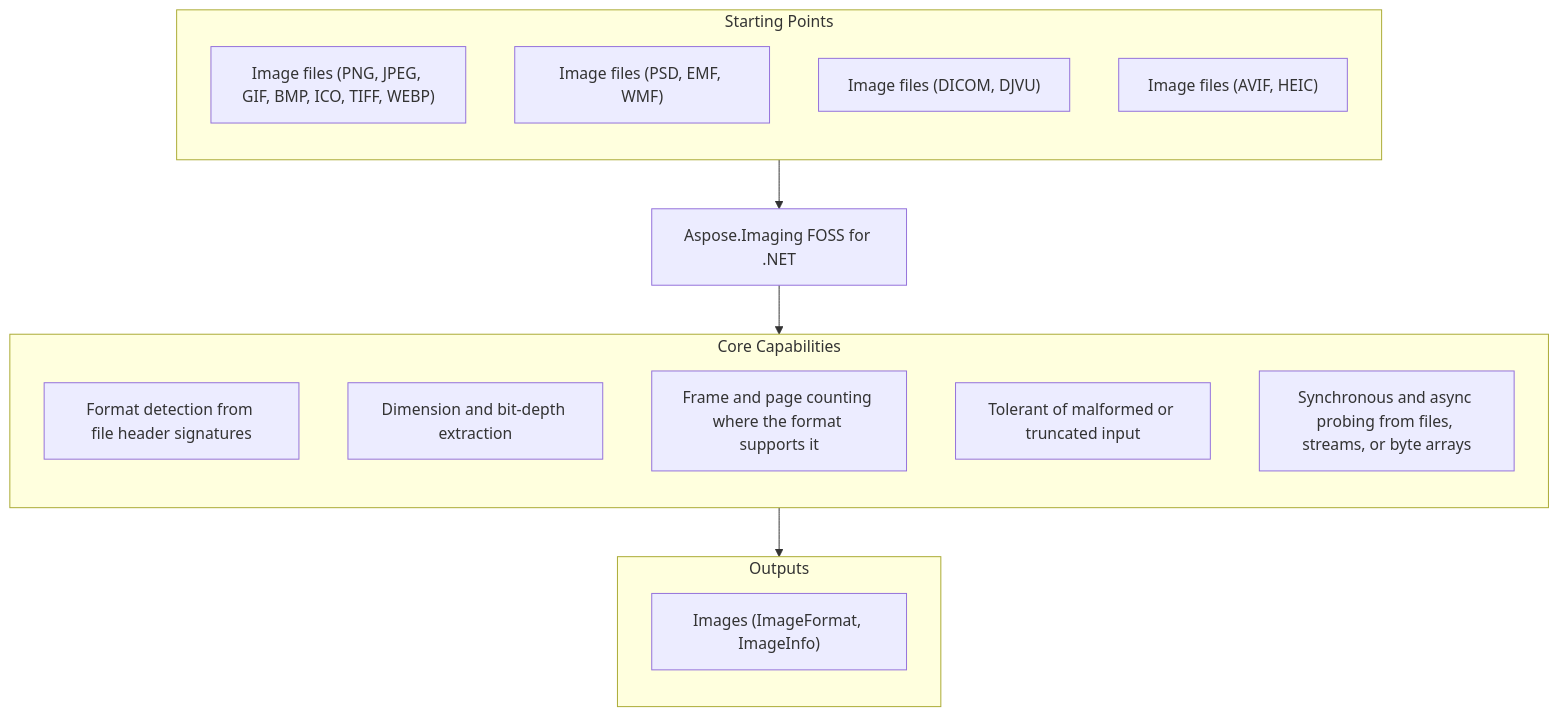
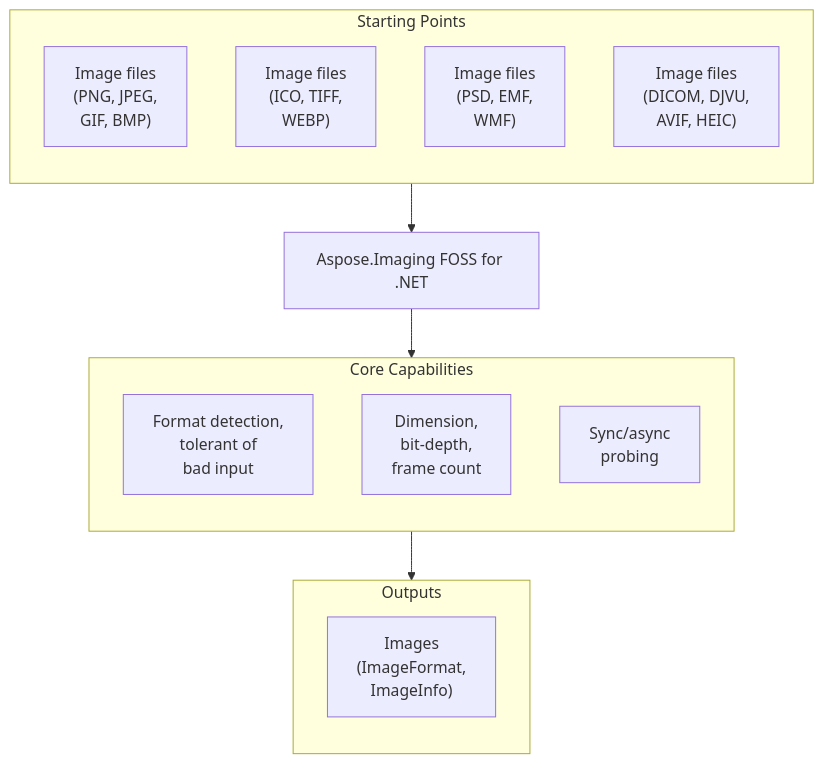
Before and after one commit to aspose-imaging-foss/Aspose.Imaging-FOSS-for-.NET: the diagram in README.md, drawn with Mermaid.

Commit message:
Refresh README: verified examples and documentation links (#2)
Automated, human-reviewed refresh via /readme-refresh (run rr-20261010T115152Z-68dd08790c20).

````diff
--- a/README.md
+++ b/README.md
@@ -30,25 +30,23 @@
 ```mermaid
 %%{init: {"flowchart": {"useMaxWidth": true}}}%%
 flowchart TD
   subgraph StartingPoints["Starting Points"]
     direction TB
-    i1["Image files (PNG, JPEG, GIF, BMP, ICO, TIFF, WEBP)"]
-    i2["Image files (PSD, EMF, WMF)"]
-    i3["Image files (DICOM, DJVU)"]
-    i4["Image files (AVIF, HEIC)"]
+    i1["Image files<br/>(PNG, JPEG,<br/>GIF, BMP)"]
+    i2["Image files<br/>(ICO, TIFF,<br/>WEBP)"]
+    i3["Image files<br/>(PSD, EMF,<br/>WMF)"]
+    i4["Image files<br/>(DICOM, DJVU,<br/>AVIF, HEIC)"]
   end
   PRODUCT["Aspose.Imaging FOSS for .NET"]
   subgraph Capabilities["Core Capabilities"]
     direction TB
-    c1["Format detection from file header signatures"]
-    c2["Dimension and bit-depth extraction"]
-    c3["Frame and page counting where the format supports it"]
-    c4["Tolerant of malformed or truncated input"]
-    c5["Synchronous and async probing from files, streams, or byte arrays"]
+    c1["Format detection,<br/>tolerant of<br/>bad input"]
+    c2["Dimension,<br/>bit-depth,<br/>frame count"]
+    c3["Sync/async<br/>probing"]
   end
   subgraph Outputs["Outputs"]
     direction TB
-    o1["Images (ImageFormat, ImageInfo)"]
+    o1["Images<br/>(ImageFormat,<br/>ImageInfo)"]
   end
   StartingPoints --> PRODUCT --> Capabilities --> Outputs
 ```
````
